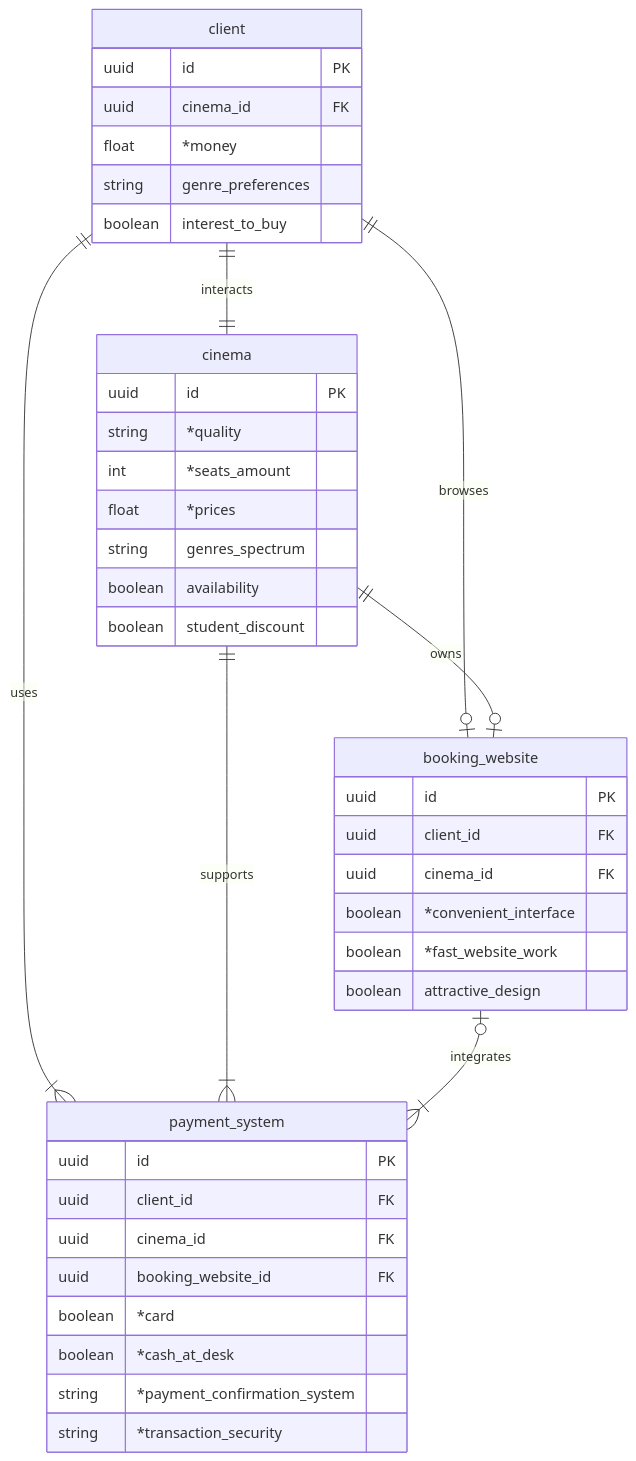
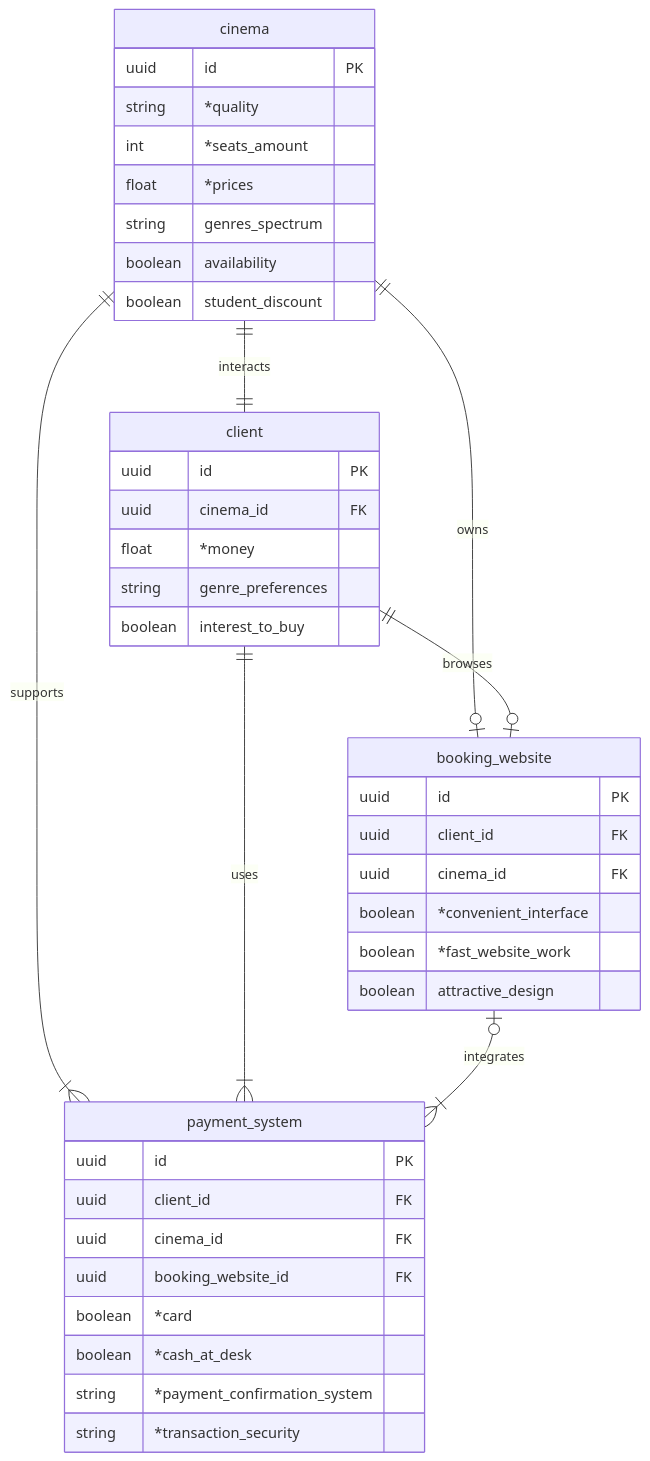
Before and after one commit to Cheburek534/KPI2_labs: the diagram in Lab1/model.mmd, drawn with Mermaid.

Commit message:
Visual update ER-model(AI)

```diff
--- a/Lab1/model.mmd
+++ b/Lab1/model.mmd
@@ -1,42 +1,44 @@
 erDiagram
-    client ||--|| cinema : interacts
+    cinema ||--|| client : interacts
+    cinema ||--|{ payment_system : supports
+    cinema ||--o| booking_website : owns
+    
+    client ||--|{ payment_system : uses
     client ||--o| booking_website : browses
-    cinema ||--o| booking_website : owns
-    client ||--|{ payment_system : uses
-    cinema ||--|{ payment_system : supports
+    
     booking_website o|--|{ payment_system : integrates
 
     client {
         uuid id PK
         uuid cinema_id FK
         float *money
         string genre_preferences
         boolean interest_to_buy
     }
     cinema {
         uuid id PK
         string *quality
         int *seats_amount
         float *prices
         string genres_spectrum
         boolean availability
         boolean student_discount
     }
     payment_system {
         uuid id PK
         uuid client_id FK
         uuid cinema_id FK
         uuid booking_website_id FK
         boolean *card
         boolean *cash_at_desk
         string *payment_confirmation_system
         string *transaction_security
     }
     booking_website {
         uuid id PK
         uuid client_id FK
         uuid cinema_id FK
         boolean *convenient_interface
         boolean *fast_website_work
         boolean attractive_design
     }
```
